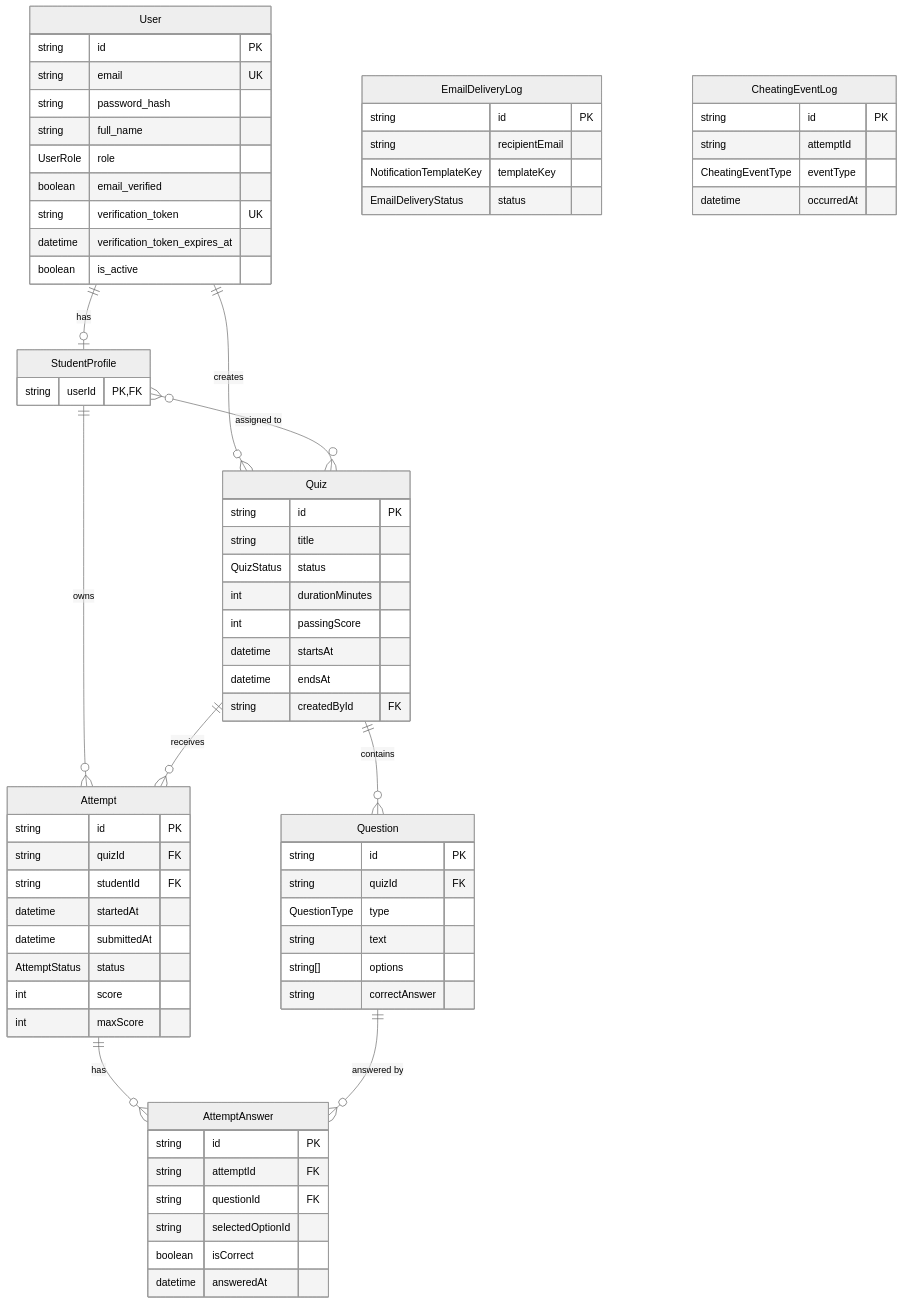
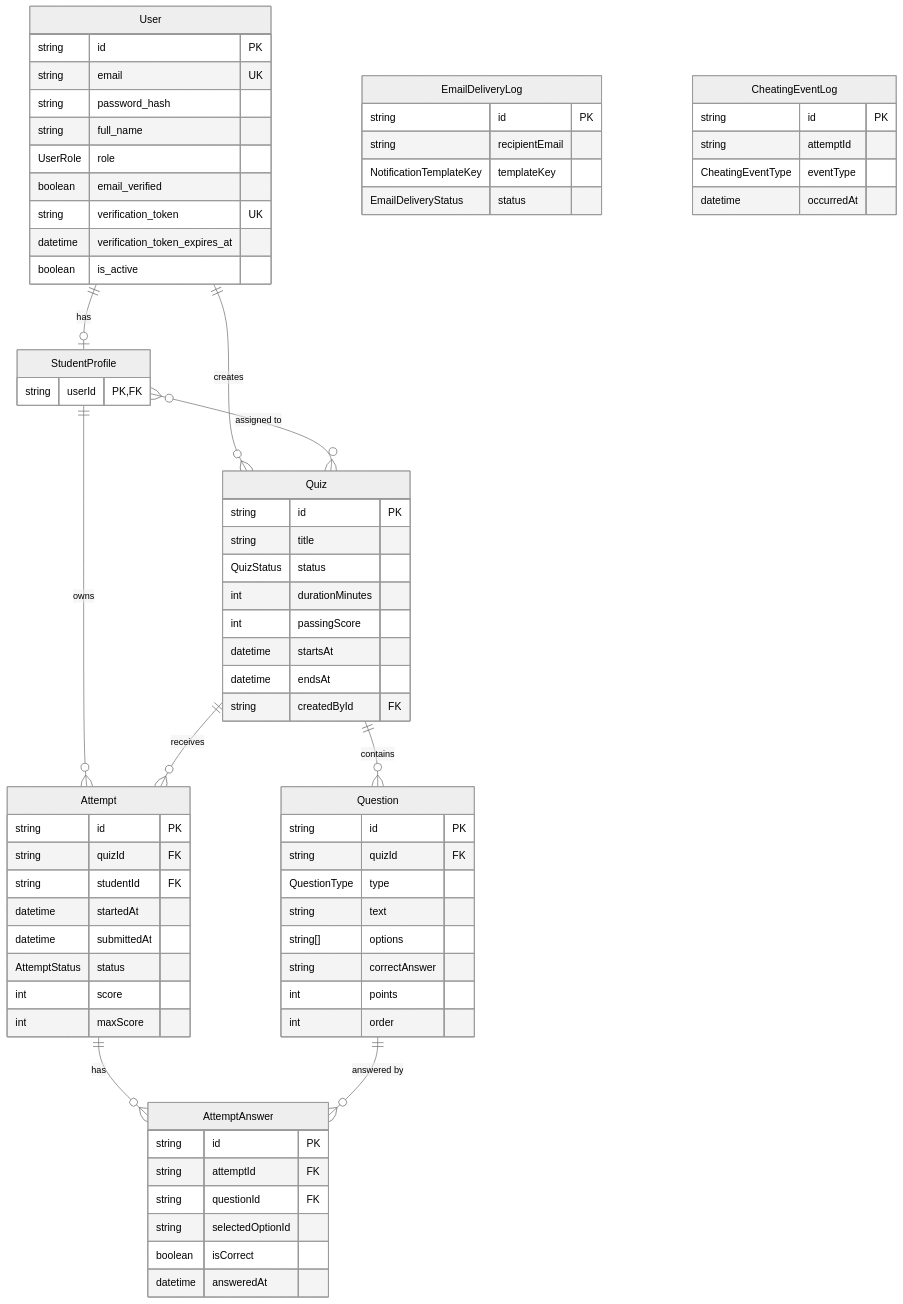
The diagram in prisma/DATABASE.md (Mohame570/quiz-service-back-end), drawn with Mermaid (neutral theme) before and after one commit. The commit also changed other lines of this file and 8 other files, not shown here.

Commit message:
feat: add points and order fields to Question model and update related DTOs and services

```diff
--- a/prisma/DATABASE.md
+++ b/prisma/DATABASE.md
@@ -54,6 +54,8 @@
     string text
     string[] options
     string correctAnswer
+    int points
+    int order
   }
 
   Attempt {
```
